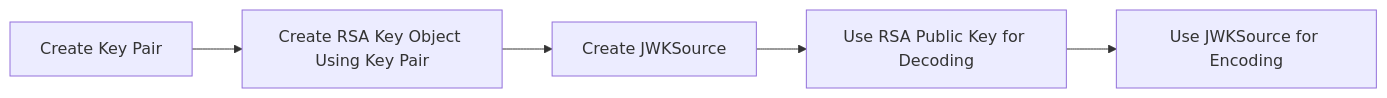
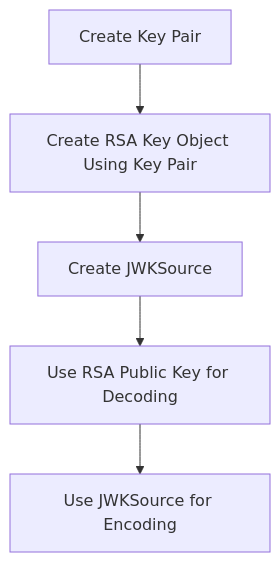
The second of 2 diagrams in Readme.md (Arannamoy-Mondal/Spring_Boot), drawn with Mermaid before and after one commit.

````diff
--- a/Readme.md
+++ b/Readme.md
@@ -818,7 +818,7 @@
 ```mermaid
-graph LR;
+graph TD;
 A[Create Key Pair] --> B[Create RSA Key Object Using Key Pair]
 B[Create RSA Key Object Using Key Pair]--> C[Create JWKSource]
 C[Create JWKSource] --> D[Use RSA Public Key for Decoding]
 D[Use RSA Public Key for Decoding] --> E[Use JWKSource for Encoding]
 ```
````
